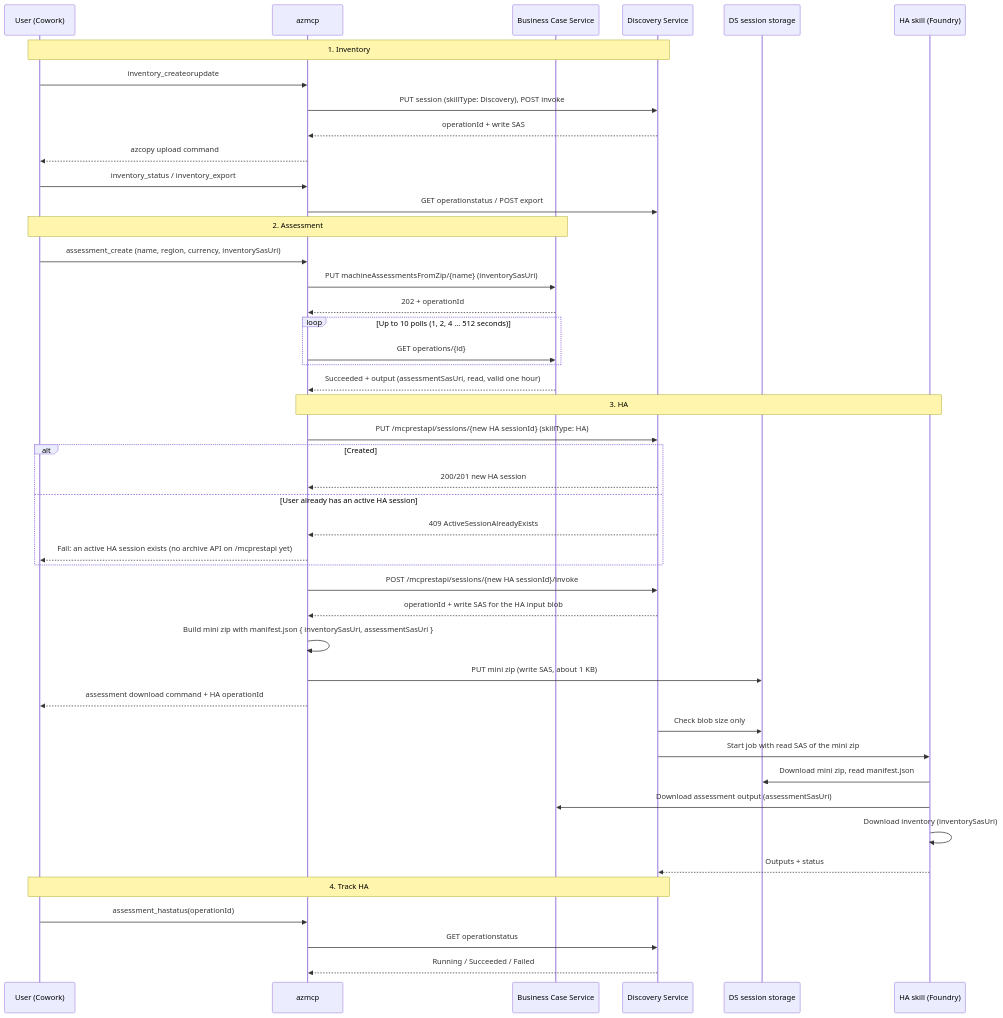
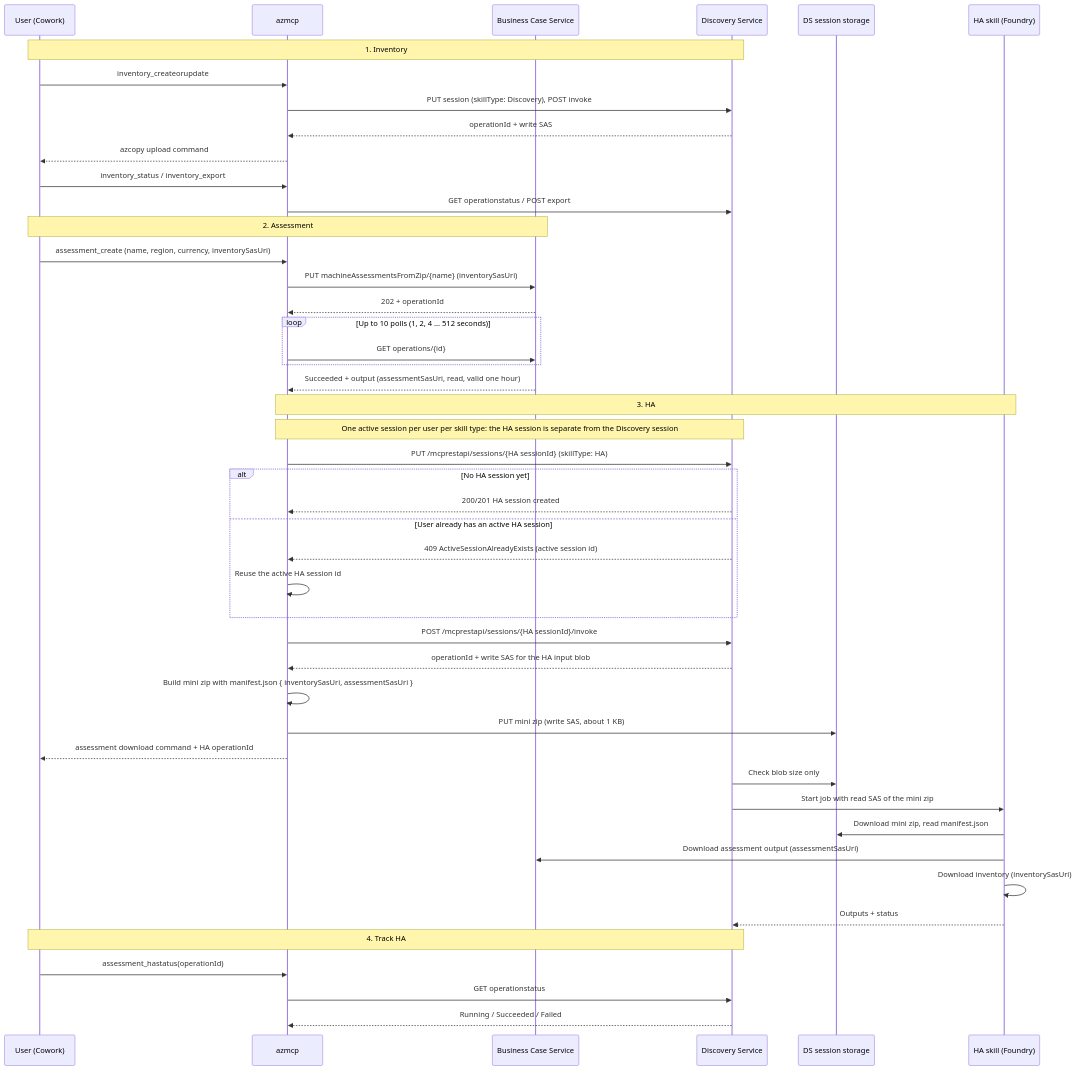
Before and after one commit to microsoft/mcp: the diagram in tools/Azure.Mcp.Tools.AzureMigrate/docs/inventory-assessment-ha-plan.md, drawn with Mermaid.

Commit message:
AzureMigrate docs: HA uses one session per user, reused on 409

````diff
--- a/tools/Azure.Mcp.Tools.AzureMigrate/docs/inventory-assessment-ha-plan.md
+++ b/tools/Azure.Mcp.Tools.AzureMigrate/docs/inventory-assessment-ha-plan.md
@@ -35,51 +35,52 @@
 ```mermaid
 sequenceDiagram
     participant U as User (Cowork)
     participant M as azmcp
     participant BC as Business Case Service
     participant DS as Discovery Service
     participant ST as DS session storage
     participant HA as HA skill (Foundry)
 
     Note over U,DS: 1. Inventory
     U->>M: inventory_createorupdate
     M->>DS: PUT session (skillType: Discovery), POST invoke
     DS-->>M: operationId + write SAS
     M-->>U: azcopy upload command
     U->>M: inventory_status / inventory_export
     M->>DS: GET operationstatus / POST export
 
     Note over U,BC: 2. Assessment
     U->>M: assessment_create (name, region, currency, inventorySasUri)
     M->>BC: PUT machineAssessmentsFromZip/{name} (inventorySasUri)
     BC-->>M: 202 + operationId
     loop Up to 10 polls (1, 2, 4 ... 512 seconds)
         M->>BC: GET operations/{id}
     end
     BC-->>M: Succeeded + output (assessmentSasUri, read, valid one hour)
 
     Note over M,HA: 3. HA
-    M->>DS: PUT /mcprestapi/sessions/{new HA sessionId} (skillType: HA)
-    alt Created
-        DS-->>M: 200/201 new HA session
+    Note over M,DS: One active session per user per skill type: the HA session is separate from the Discovery session
+    M->>DS: PUT /mcprestapi/sessions/{HA sessionId} (skillType: HA)
+    alt No HA session yet
+        DS-->>M: 200/201 HA session created
     else User already has an active HA session
-        DS-->>M: 409 ActiveSessionAlreadyExists
-        M-->>U: Fail: an active HA session exists (no archive API on /mcprestapi yet)
+        DS-->>M: 409 ActiveSessionAlreadyExists (active session id)
+        M->>M: Reuse the active HA session id
     end
-    M->>DS: POST /mcprestapi/sessions/{new HA sessionId}/invoke
+    M->>DS: POST /mcprestapi/sessions/{HA sessionId}/invoke
     DS-->>M: operationId + write SAS for the HA input blob
     M->>M: Build mini zip with manifest.json { inventorySasUri, assessmentSasUri }
     M->>ST: PUT mini zip (write SAS, about 1 KB)
     M-->>U: assessment download command + HA operationId
     DS->>ST: Check blob size only
     DS->>HA: Start job with read SAS of the mini zip
     HA->>ST: Download mini zip, read manifest.json
     HA->>BC: Download assessment output (assessmentSasUri)
     HA->>HA: Download inventory (inventorySasUri)
     HA-->>DS: Outputs + status
 
     Note over U,DS: 4. Track HA
     U->>M: assessment_hastatus(operationId)
     M->>DS: GET operationstatus
     DS-->>M: Running / Succeeded / Failed
 ```
````
